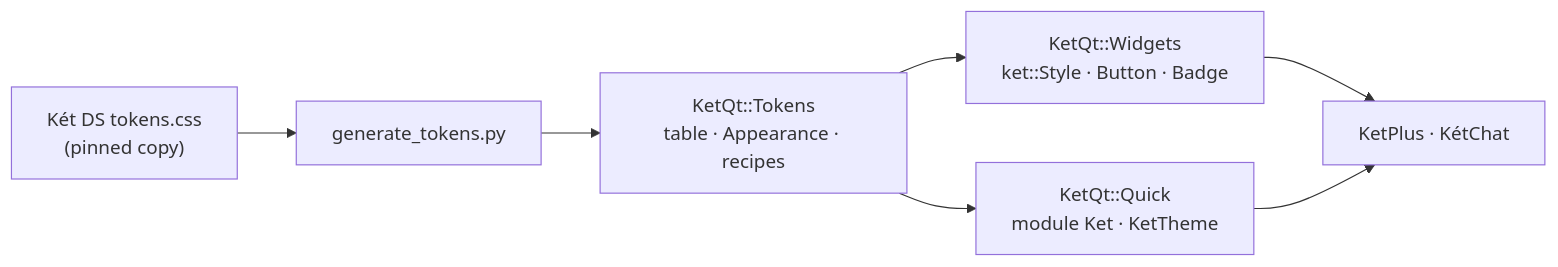
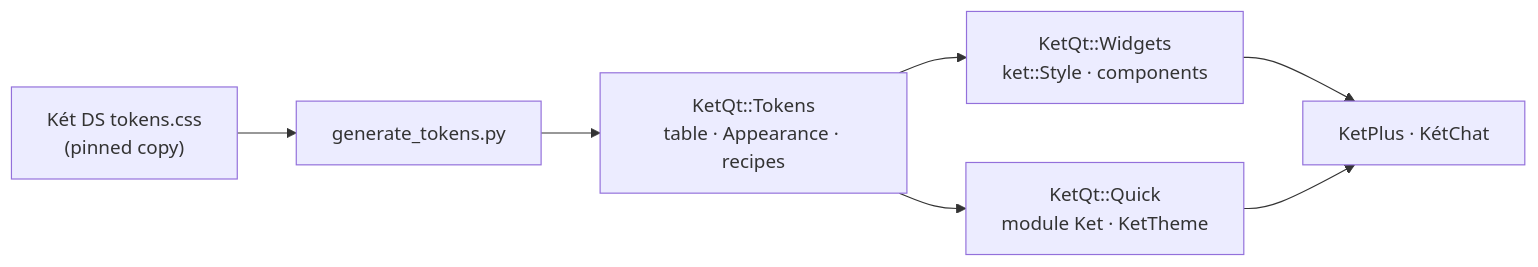
Before and after one commit to ketvietlab/ket-qt: the diagram in docs/architecture.md, drawn with Mermaid. The commit also changed other lines of this file and 31 other files, not shown here.

First line of the commit message:
feat: align components with the KetPlus mock; add IconButton and Tag

````diff
--- a/docs/architecture.md
+++ b/docs/architecture.md
@@ -3,9 +3,9 @@
 ```mermaid
 flowchart LR
   DS["Két DS tokens.css<br/>(pinned copy)"] --> GEN["generate_tokens.py"]
   GEN --> TOK["KetQt::Tokens<br/>table · Appearance · recipes"]
-  TOK --> WID["KetQt::Widgets<br/>ket::Style · Button · Badge"]
+  TOK --> WID["KetQt::Widgets<br/>ket::Style · components"]
   TOK --> QK["KetQt::Quick<br/>module Ket · KetTheme"]
   WID --> APPS["KetPlus · KétChat"]
   QK --> APPS
 ```
````
